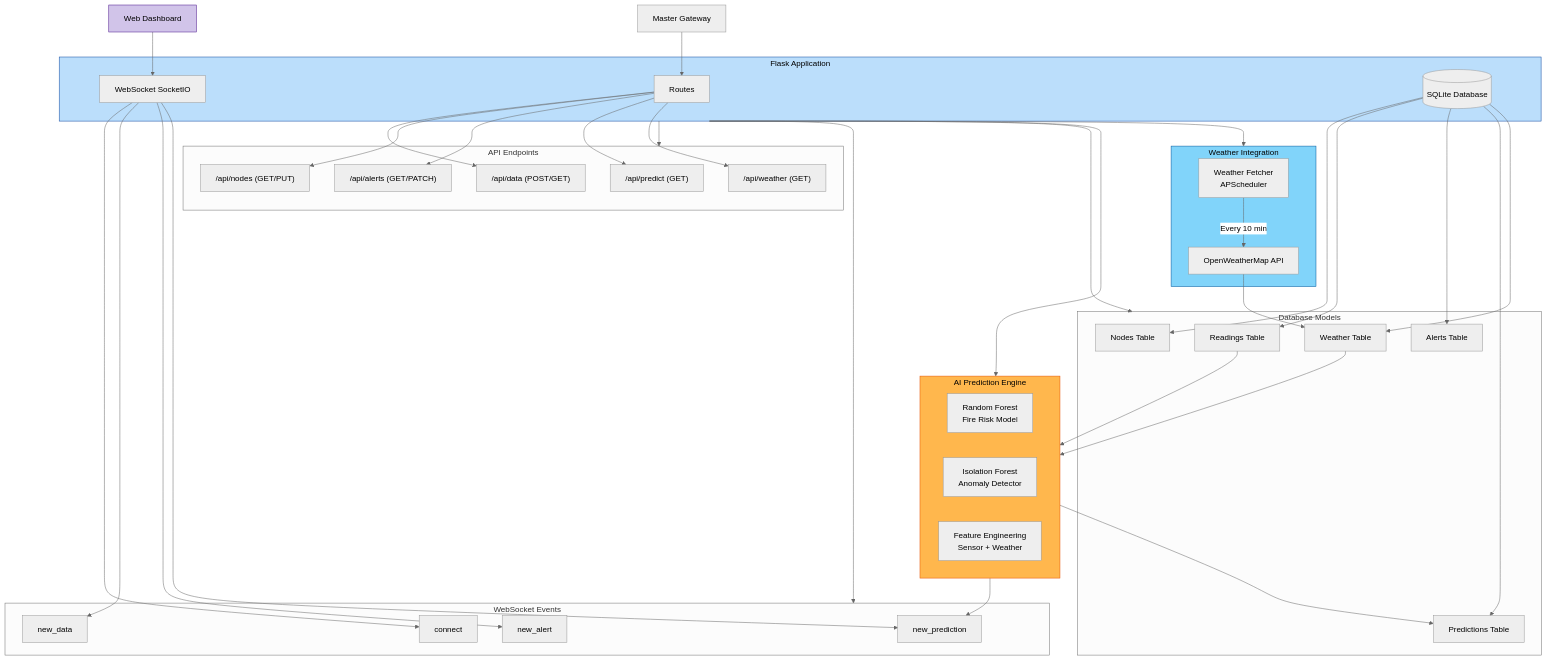
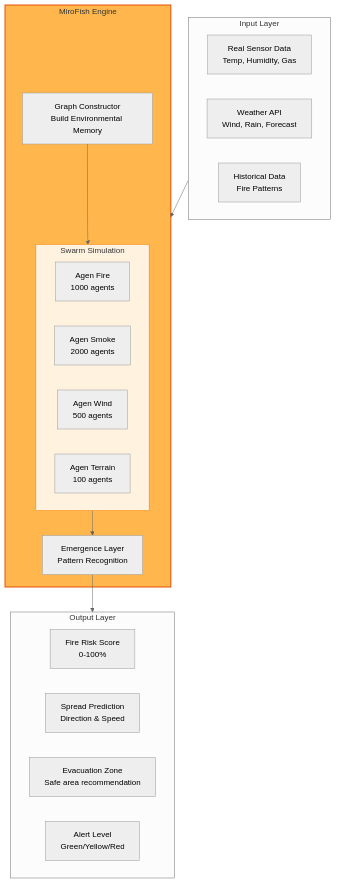
The sixth of 9 diagrams in README.md (ficrammanifur/offline-emergency-lora-system), drawn with Mermaid (neutral theme) before and after one commit. The commit also changed other lines of this file, not shown here.

````diff
--- a/README.md
+++ b/README.md
@@ -372,67 +425,35 @@
 ```mermaid
 graph TD
-    subgraph Flask[Flask Application]
-        Routes[Routes]
-        WS[WebSocket SocketIO]
-        DB[(SQLite Database)]
+    subgraph INPUT[Input Layer]
+        S1[Real Sensor Data<br>Temp, Humidity, Gas]
+        S2[Weather API<br>Wind, Rain, Forecast]
+        S3[Historical Data<br>Fire Patterns]
     end
 
-    subgraph RoutesDetail[API Endpoints]
-        D1["/api/data (POST/GET)"]
-        D2["/api/nodes (GET/PUT)"]
-        D3["/api/alerts (GET/PATCH)"]
-        D4["/api/predict (GET)"]
-        D5["/api/weather (GET)"]
+    subgraph MIROFISH[MiroFish Engine]
+        G[Graph Constructor<br>Build Environmental Memory]
+        
+        subgraph SWARM[Swarm Simulation]
+            A1[Agen Fire<br>1000 agents]
+            A2[Agen Smoke<br>2000 agents]
+            A3[Agen Wind<br>500 agents]
+            A4[Agen Terrain<br>100 agents]
+        end
+        
+        G --> SWARM
+        SWARM --> E[Emergence Layer<br>Pattern Recognition]
     end
 
-    subgraph WebSocket[WebSocket Events]
-        W1[connect]
-        W2[new_data]
-        W3[new_alert]
-        W4[new_prediction]
+    subgraph OUTPUT[Output Layer]
+        R1[Fire Risk Score<br>0-100%]
+        R2[Spread Prediction<br>Direction & Speed]
+        R3[Evacuation Zone<br>Safe area recommendation]
+        R4[Alert Level<br>Green/Yellow/Red]
     end
 
-    subgraph Database[Database Models]
-        T1[Nodes Table]
-        T2[Readings Table]
-        T3[Alerts Table]
-        T4[Predictions Table]
-        T5[Weather Table]
-    end
+    INPUT --> MIROFISH
+    E --> OUTPUT
 
-    subgraph AI[AI Prediction Engine]
-        A1[Random Forest<br>Fire Risk Model]
-        A2[Isolation Forest<br>Anomaly Detector]
-        A3[Feature Engineering<br>Sensor + Weather]
-    end
-
-    subgraph Weather[Weather Integration]
-        WE[Weather Fetcher<br>APScheduler]
-        WO[OpenWeatherMap API]
-    end
-
-    Flask --> RoutesDetail
-    Flask --> WebSocket
-    Flask --> Database
-    Flask --> AI
-    Flask --> Weather
-
-    Routes --> D1 & D2 & D3 & D4 & D5
-    WS --> W1 & W2 & W3 & W4
-    DB --> T1 & T2 & T3 & T4 & T5
-    
-    WE -- Every 10 min --> WO
-    WO --> T5
-    T2 --> AI
-    T5 --> AI
-    AI --> T4
-    AI --> W4
-
-    Dashboard[Web Dashboard] --> WS
-    Master[Master Gateway] --> Routes
-
-    style Flask fill:#bbdefb,stroke:#0d47a1,color:#000
-    style AI fill:#ffb74d,stroke:#e65100,color:#000
-    style Weather fill:#81d4fa,stroke:#01579b,color:#000
-    style Dashboard fill:#d1c4e9,stroke:#4a148c,color:#000
+    style MIROFISH fill:#ffb74d,stroke:#e65100,stroke-width:2px
+    style SWARM fill:#fff3e0,stroke:#f57c00
 ```
````
